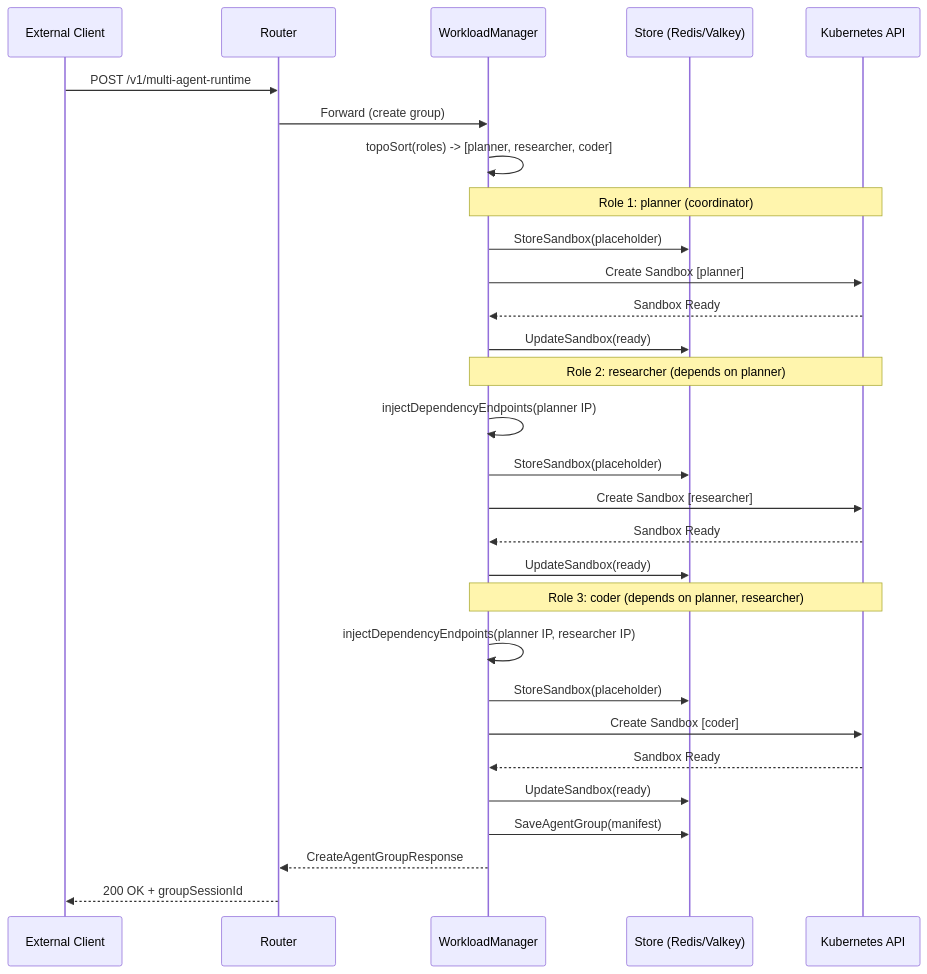
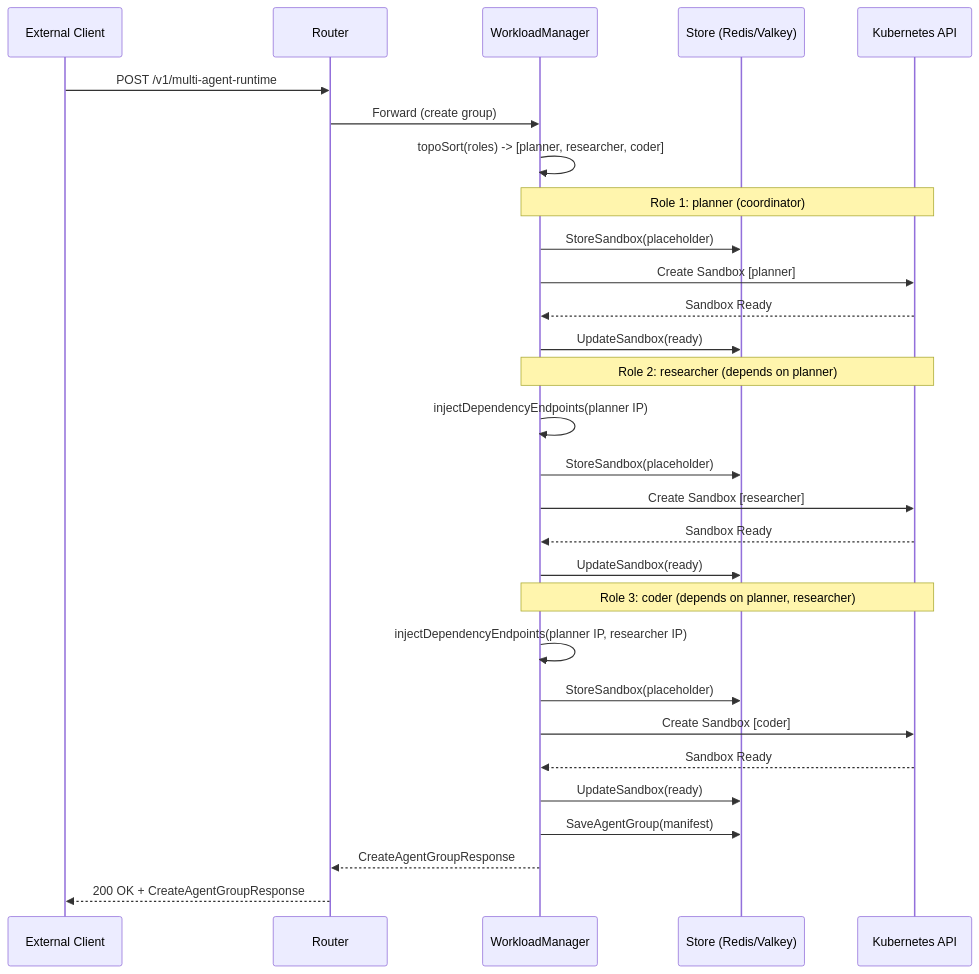
Before and after one commit to volcano-sh/agentcube: the second of 2 diagrams in docs/design/multi-agent-runtime-proposal.md, drawn with Mermaid. The commit also changed other lines of this file, not shown here.

Commit message:
docs: fix service name example, response payload, method count, and GC coordinator lookup

````diff
--- a/docs/design/multi-agent-runtime-proposal.md
+++ b/docs/design/multi-agent-runtime-proposal.md
@@ -429,36 +429,36 @@
 ```mermaid
 sequenceDiagram
     participant Client as External Client
     participant Router as Router
     participant WM as WorkloadManager
     participant Store as Store (Redis/Valkey)
     participant K8s as Kubernetes API
 
     Client->>Router: POST /v1/multi-agent-runtime
     Router->>WM: Forward (create group)
     WM->>WM: topoSort(roles) -> [planner, researcher, coder]
 
     Note over WM, K8s: Role 1: planner (coordinator)
     WM->>Store: StoreSandbox(placeholder)
     WM->>K8s: Create Sandbox [planner]
     K8s-->>WM: Sandbox Ready
     WM->>Store: UpdateSandbox(ready)
 
     Note over WM, K8s: Role 2: researcher (depends on planner)
     WM->>WM: injectDependencyEndpoints(planner IP)
     WM->>Store: StoreSandbox(placeholder)
     WM->>K8s: Create Sandbox [researcher]
     K8s-->>WM: Sandbox Ready
     WM->>Store: UpdateSandbox(ready)
 
     Note over WM, K8s: Role 3: coder (depends on planner, researcher)
     WM->>WM: injectDependencyEndpoints(planner IP, researcher IP)
     WM->>Store: StoreSandbox(placeholder)
     WM->>K8s: Create Sandbox [coder]
     K8s-->>WM: Sandbox Ready
     WM->>Store: UpdateSandbox(ready)
 
     WM->>Store: SaveAgentGroup(manifest)
     WM-->>Router: CreateAgentGroupResponse
-    Router-->>Client: 200 OK + groupSessionId
+    Router-->>Client: 200 OK + CreateAgentGroupResponse
 ```
````
